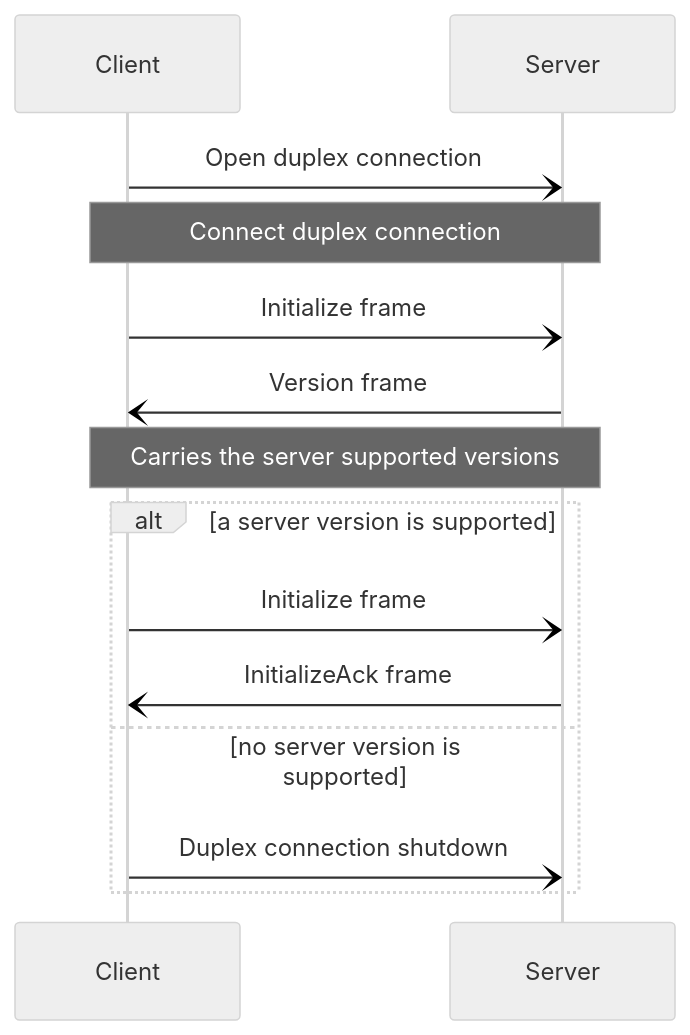
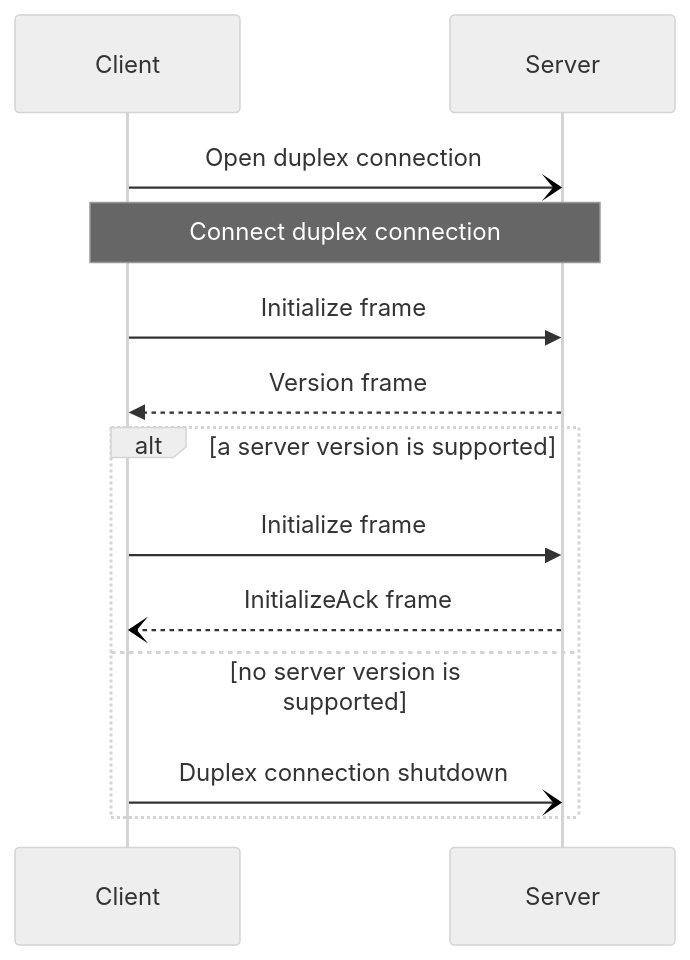
The second of 2 diagrams in pages/icerpc-core/slic-protocol/connection-establishment.md (icerpc/icerpc-docs), drawn with Mermaid (neutral theme) before and after one commit. The commit also changed other lines of this file and 2 other files, not shown here.

Commit message:
Review fixes

````diff
--- a/pages/icerpc-core/slic-protocol/connection-establishment.md
+++ b/pages/icerpc-core/slic-protocol/connection-establishment.md
@@ -52,14 +52,13 @@
 ```mermaid
 sequenceDiagram
     Client-)Server: Open duplex connection
     Note over Client,Server: Connect duplex connection
-    Client-)Server: Initialize frame
-    Server-)Client: Version frame
-    Note over Client,Server: Carries the server supported versions
+    Client->>Server: Initialize frame
+    Server-->>Client: Version frame
     alt a server version is supported
-        Client-)Server: Initialize frame
-        Server-)Client: InitializeAck frame
+        Client->>Server: Initialize frame
+        Server--)Client: InitializeAck frame
     else no server version is supported
         Client-)Server: Duplex connection shutdown
     end
 ```
````
